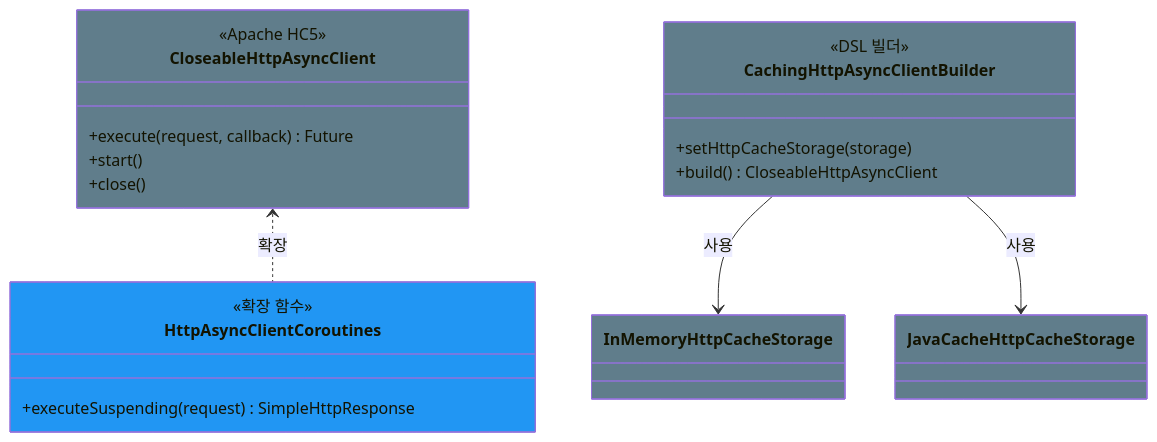
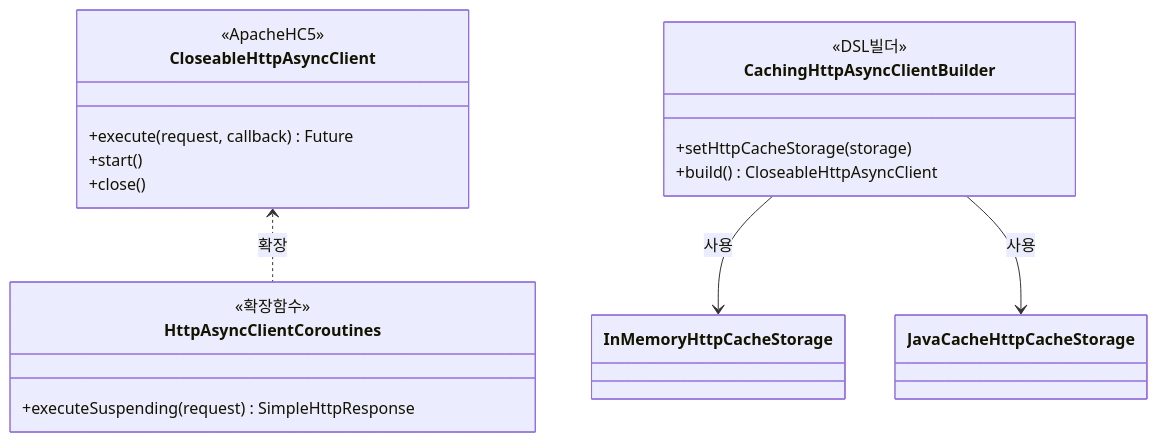
Before and after one commit to bluetape4k/bluetape4k-projects: the first of 3 diagrams in io/http/README.md, drawn with Mermaid. The commit also changed other lines of this file and 95 other files, not shown here.

First line of the commit message:
docs: Mermaid 파서 오류 전체 수정 (IntelliJ IDEA 호환)

````diff
--- a/io/http/README.md
+++ b/io/http/README.md
@@ -183,30 +183,26 @@
 ```mermaid
 classDiagram
-    class CloseableHttpAsyncClient:::infraStyle {
-        <<Apache HC5>>
+    class CloseableHttpAsyncClient {
+        <<ApacheHC5>>
         +execute(request, callback) Future
         +start()
         +close()
     }
 
-    class HttpAsyncClientCoroutines:::clientStyle {
-        <<확장 함수>>
+    class HttpAsyncClientCoroutines {
+        <<확장함수>>
         +executeSuspending(request) SimpleHttpResponse
     }
 
-    class CachingHttpAsyncClientBuilder:::infraStyle {
-        <<DSL 빌더>>
+    class CachingHttpAsyncClientBuilder {
+        <<DSL빌더>>
         +setHttpCacheStorage(storage)
         +build() CloseableHttpAsyncClient
     }
 
-    class InMemoryHttpCacheStorage:::infraStyle
-    class JavaCacheHttpCacheStorage:::infraStyle
 
     CachingHttpAsyncClientBuilder --> InMemoryHttpCacheStorage : 사용
     CachingHttpAsyncClientBuilder --> JavaCacheHttpCacheStorage : 사용
     CloseableHttpAsyncClient <.. HttpAsyncClientCoroutines : 확장
 
-    classDef clientStyle fill:#2196F3
-    classDef infraStyle  fill:#607D8B
 ```
````
